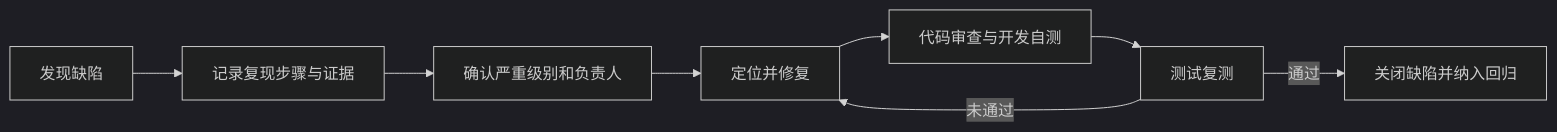
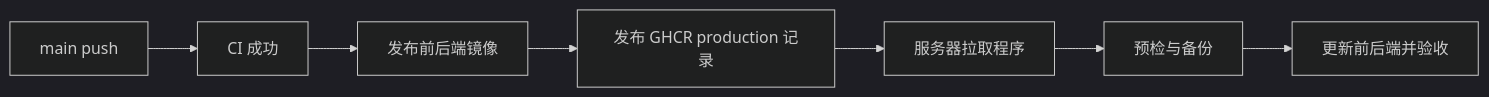
The diagram in docs/项目流程书.md (7wid/Progress-passage-work), drawn with Mermaid (dark theme) before and after one commit. The commit also changed other lines of this file and 13 other files, not shown here.

````diff
--- a/docs/项目流程书.md
+++ b/docs/项目流程书.md
@@ -553,10 +74,9 @@
 ```mermaid
 flowchart LR
-    A[发现缺陷] --> B[记录复现步骤与证据]
-    B --> C[确认严重级别和负责人]
-    C --> D[定位并修复]
-    D --> E[代码审查与开发自测]
-    E --> F[测试复测]
-    F -->|未通过| D
-    F -->|通过| G[关闭缺陷并纳入回归]
+    A[main push] --> B[CI 成功]
+    B --> C[发布前后端镜像]
+    C --> D[发布 GHCR production 记录]
+    D --> E[服务器拉取程序]
+    E --> F[预检与备份]
+    F --> G[更新前后端并验收]
 ```
````
